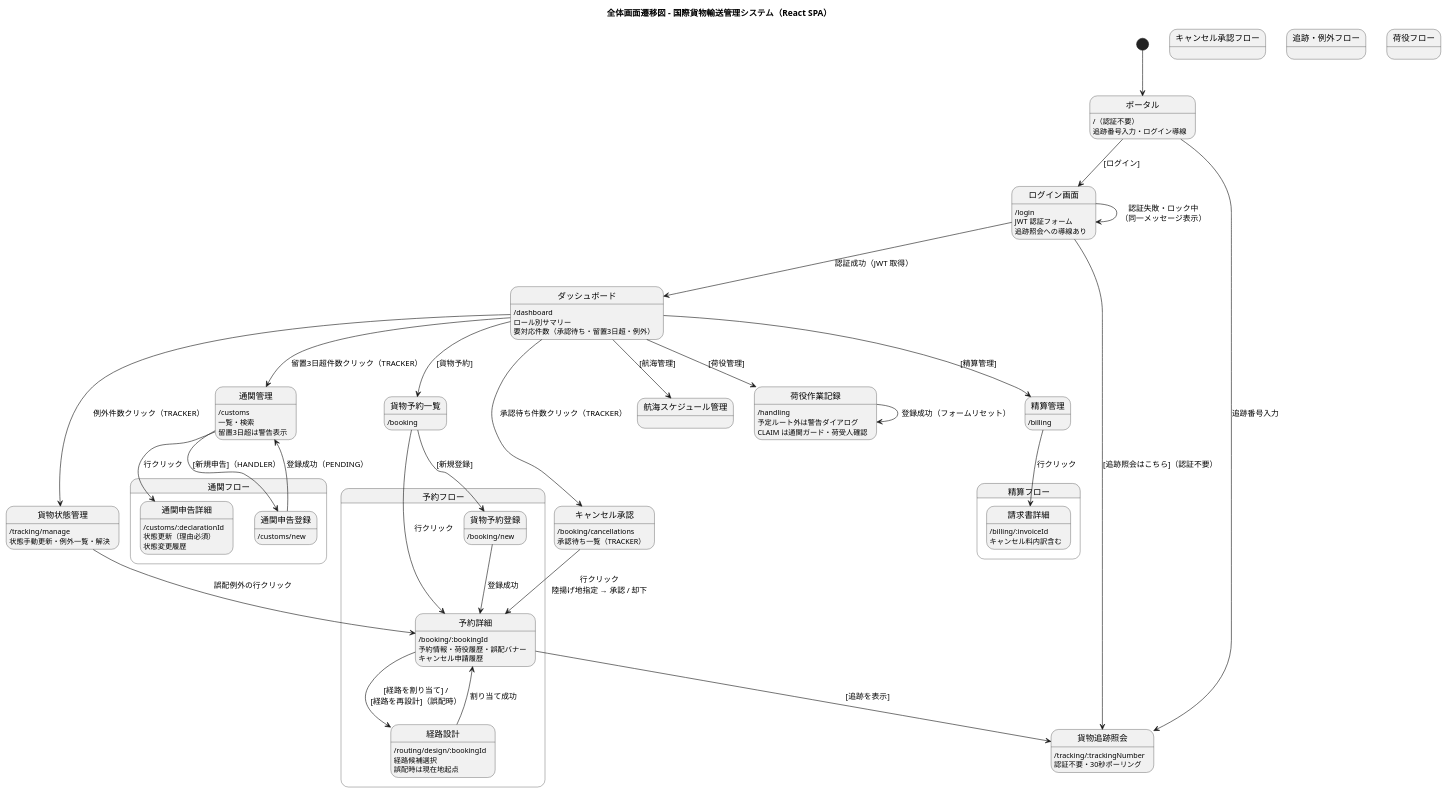
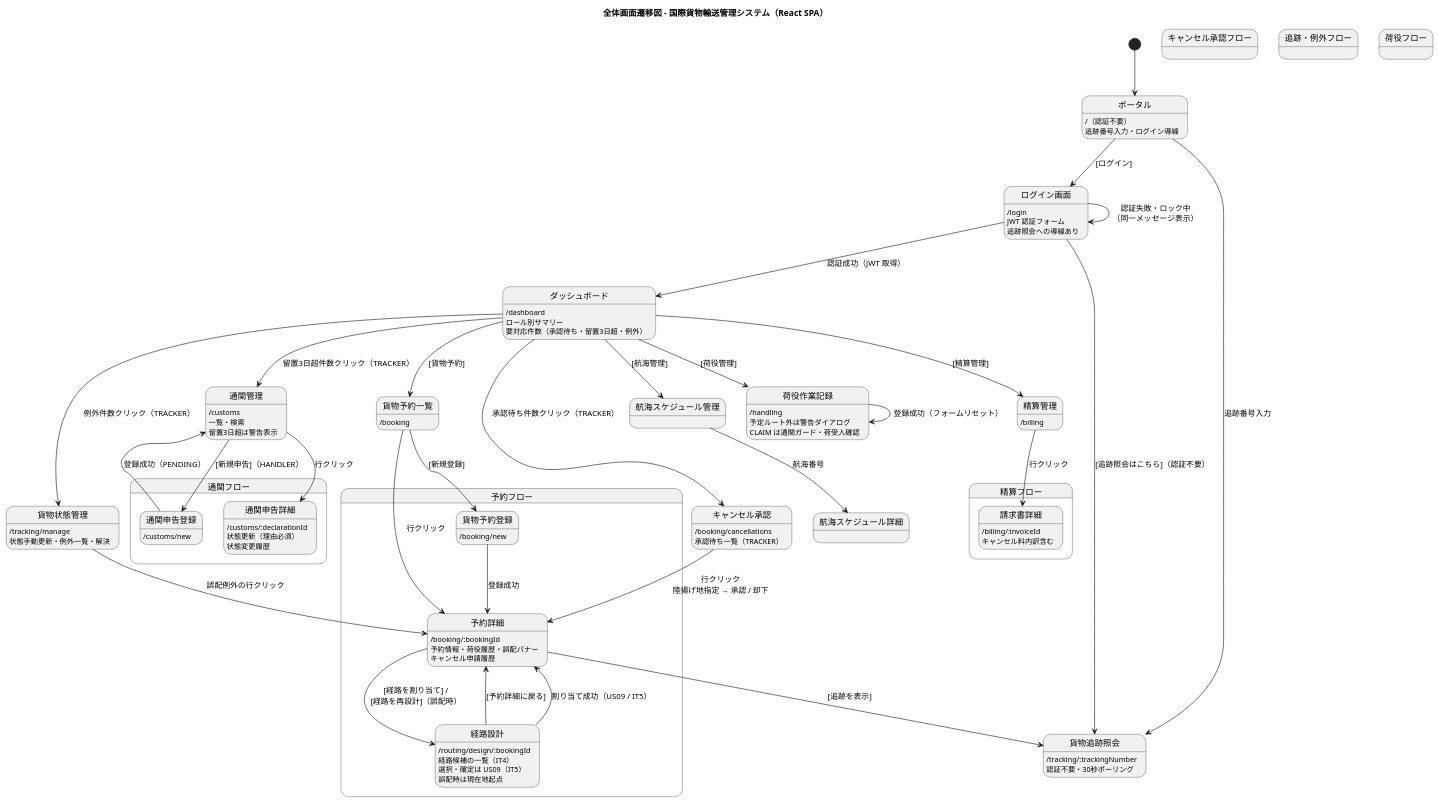
One commit to k2works/case-study-cargo-tracker changed the second of 20 diagrams in docs/design/ui_design.md. Above: the diagram before and after it, drawn with PlantUML. The commit also changed other lines of this file and 13 other files, not shown here.

```diff
--- a/docs/design/ui_design.md
+++ b/docs/design/ui_design.md
@@ -260,6 +261,7 @@
 ダッシュボード --> 通関管理 : 留置3日超件数クリック（TRACKER）
 ダッシュボード --> 貨物状態管理 : 例外件数クリック（TRACKER）
 ダッシュボード --> 航海スケジュール管理 : [航海管理]
+航海スケジュール管理 --> 航海スケジュール詳細 : 航海番号
 ダッシュボード --> 荷役作業記録 : [荷役管理]
 ダッシュボード --> 精算管理 : [精算管理]
 
@@ -276,14 +278,16 @@
   }
   state 経路設計 {
     経路設計 : /routing/design/:bookingId
-    経路設計 : 経路候補選択\n誤配時は現在地起点
+    経路設計 : 経路候補の一覧（IT4）\n選択・確定は US09（IT5）
+    経路設計 : 誤配時は現在地起点
   }
 
   貨物予約一覧 --> 貨物予約登録 : [新規登録]
   貨物予約一覧 --> 予約詳細 : 行クリック
   貨物予約登録 --> 予約詳細 : 登録成功
   予約詳細 --> 経路設計 : [経路を割り当て] /\n[経路を再設計]（誤配時）
-  経路設計 --> 予約詳細 : 割り当て成功
+  経路設計 --> 予約詳細 : [予約詳細に戻る]
+  経路設計 --> 予約詳細 : 割り当て成功（US09 / IT5）
 }
 
 state "キャンセル承認フロー" as cancel_flow {
```
